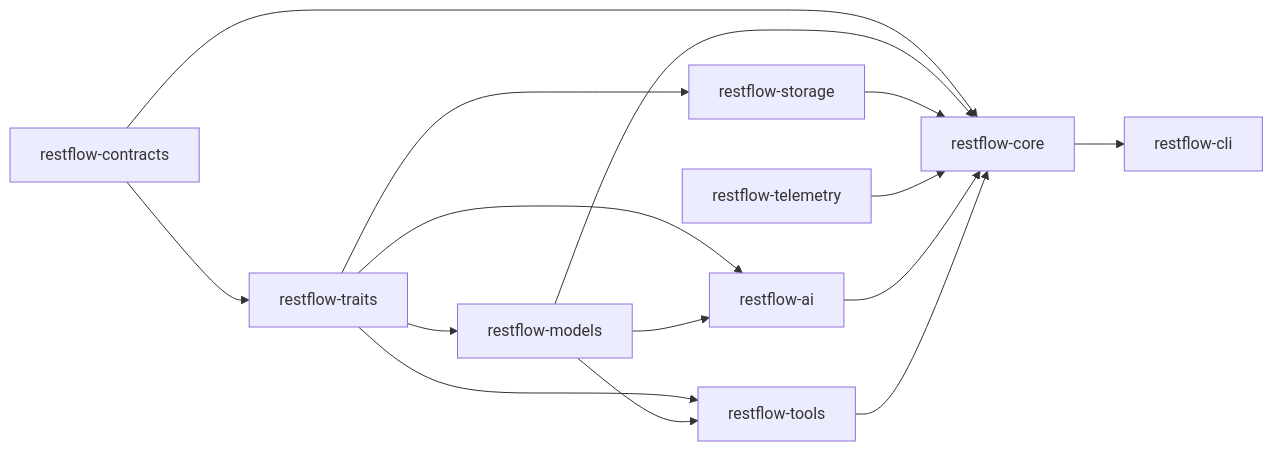
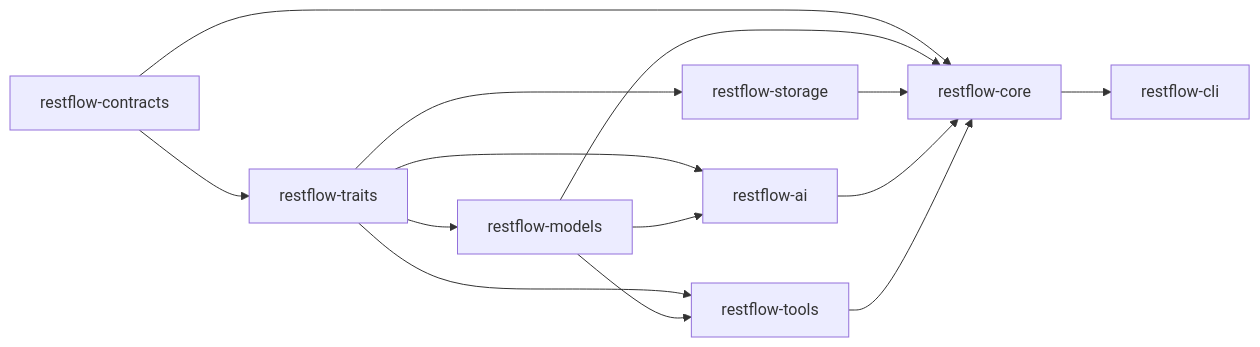
Before and after one commit to lhwzds/restflow: the second of 3 diagrams in SYSTEM_ARCHITECTURE.md, drawn with Mermaid. The commit also changed other lines of this file and 97 other files, not shown here.

````diff
--- a/SYSTEM_ARCHITECTURE.md
+++ b/SYSTEM_ARCHITECTURE.md
@@ -54,19 +54,18 @@
 ```mermaid
 flowchart LR
     Contracts["restflow-contracts"] --> Traits["restflow-traits"]
     Traits --> Models["restflow-models"]
     Traits --> Storage["restflow-storage"]
     Traits --> Ai["restflow-ai"]
     Traits --> Tools["restflow-tools"]
 
     Models --> Ai
     Models --> Tools
     Contracts --> Core["restflow-core"]
     Models --> Core
     Storage --> Core
-    Telemetry["restflow-telemetry"] --> Core
     Ai --> Core
     Tools --> Core
 
     Core --> Cli["restflow-cli"]
 ```
````
